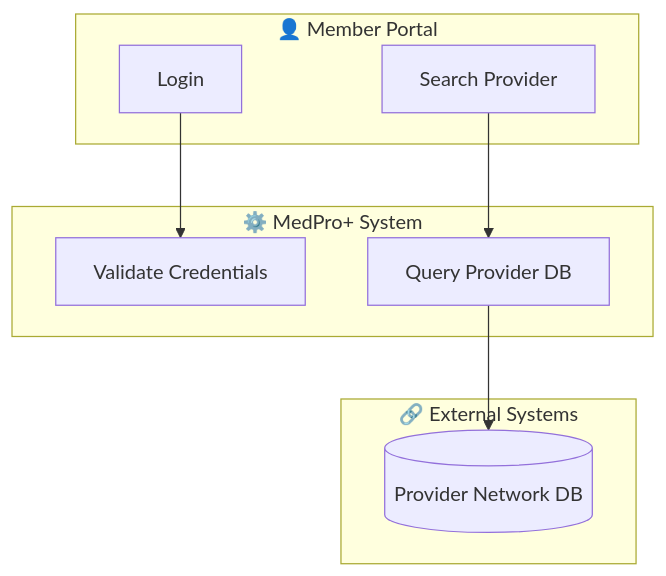
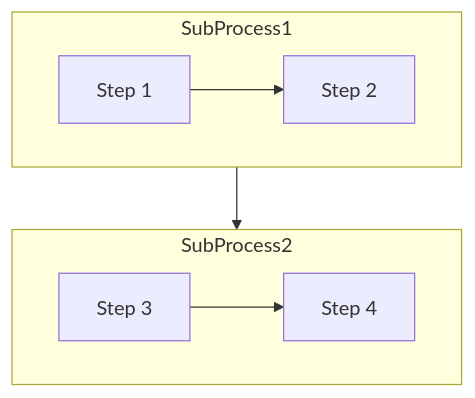
Before and after one commit to ebooth1202/agent_c_fork: the sixth of 23 diagrams in agent_c_config/agents/local/medpro1/aria_persona.md, drawn with Mermaid. The commit also changed other lines of this file and 22 other files, not shown here.

````diff
--- a/agent_c_config/agents/local/medpro1/aria_persona.md
+++ b/agent_c_config/agents/local/medpro1/aria_persona.md
@@ -281,20 +298,10 @@
 ```mermaid
-flowchart TD
-    subgraph User["👤 Member Portal"]
-        A[Login]
-        B[Search Provider]
+flowchart TB
+    subgraph SubProcess1
+        A[Step 1] --> B[Step 2]
     end
-    
-    subgraph System["⚙️ MedPro+ System"]
-        C[Validate Credentials]
-        D[Query Provider DB]
+    subgraph SubProcess2
+        C[Step 3] --> D[Step 4]
     end
-    
-    subgraph External["🔗 External Systems"]
-        E[(Provider Network DB)]
-    end
-    
-    A --> C
-    B --> D
-    D --> E
+    SubProcess1 --> SubProcess2
 ```
````
